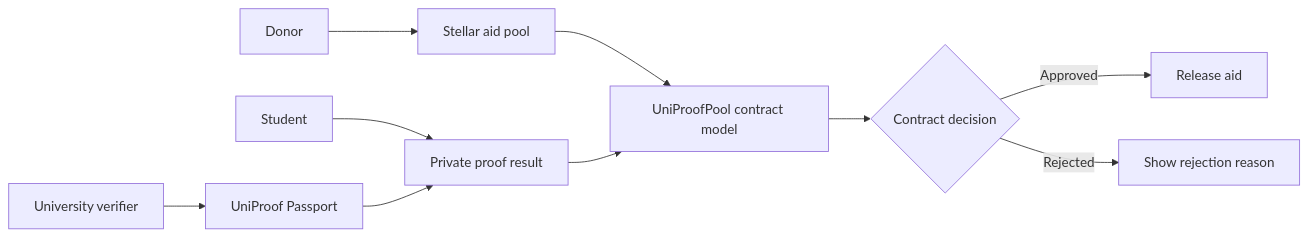
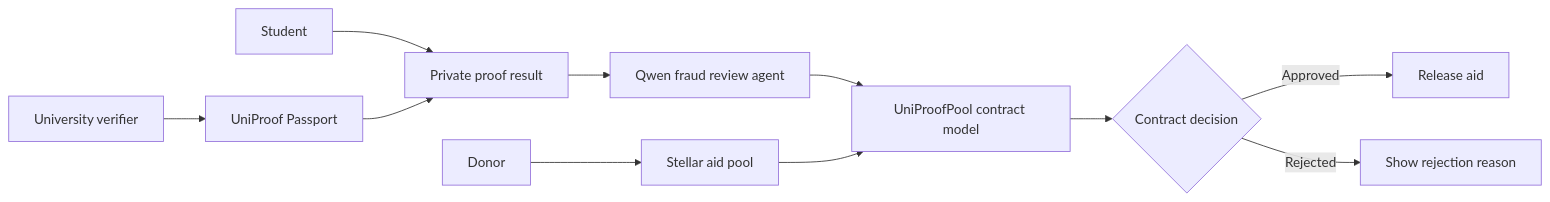
Before and after one commit to adetorojeremiahfadesayo/Uniproof: the diagram in README.md, drawn with Mermaid. The commit also changed other lines of this file, not shown here.

Commit message:
docs: highlight qwen fraud review agent

````diff
--- a/README.md
+++ b/README.md
@@ -88,12 +113,13 @@
 ```mermaid
 flowchart LR
   university["University verifier"] --> passport["UniProof Passport"]
   student["Student"] --> proof["Private proof result"]
   donor["Donor"] --> pool["Stellar aid pool"]
   passport --> proof
+  proof --> agent["Qwen fraud review agent"]
+  agent --> contract
   pool --> contract["UniProofPool contract model"]
-  proof --> contract
   contract --> decision{"Contract decision"}
   decision -- Approved --> release["Release aid"]
   decision -- Rejected --> reason["Show rejection reason"]
 ```
````
